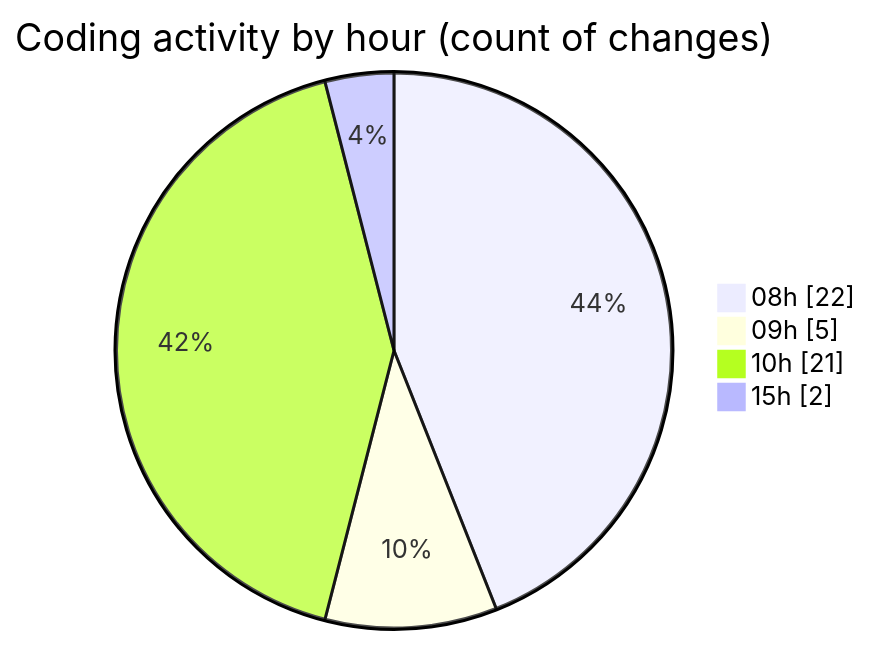
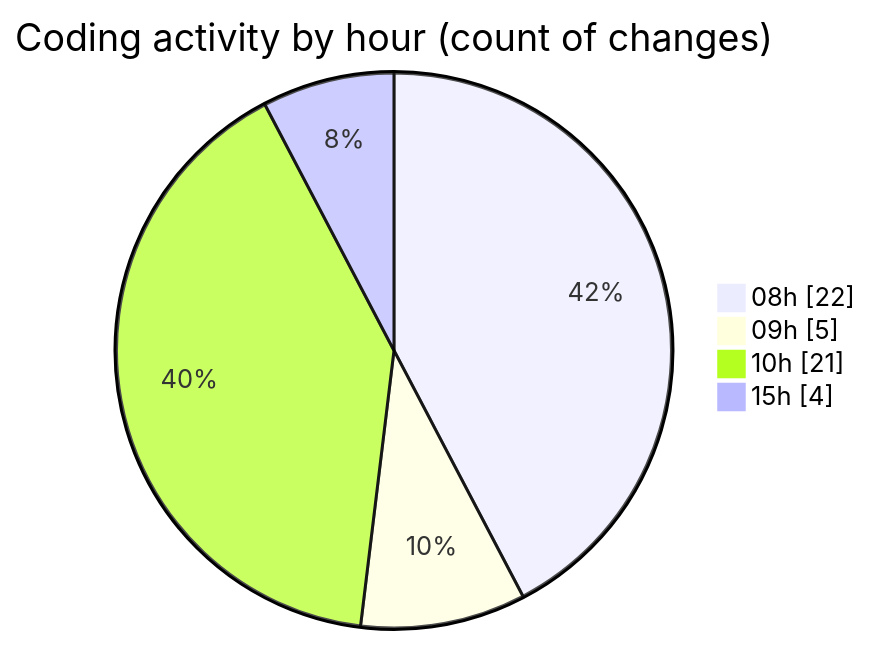
One commit to robertbonfada/code-tracking changed the second of 2 diagrams in 2025-02-17/mbc-web/README.md. Above: the diagram before and after it, drawn with Mermaid. The commit also changed other lines of this file and 1 other file, not shown here.

````diff
--- a/2025-02-17/mbc-web/README.md
+++ b/2025-02-17/mbc-web/README.md
@@ -40,8 +40,8 @@
 ```mermaid
 pie showData
 title Coding activity by hour (count of changes)
 "08h" : 22
 "09h" : 5
 "10h" : 21
-"15h" : 2
+"15h" : 4
 ```
````
